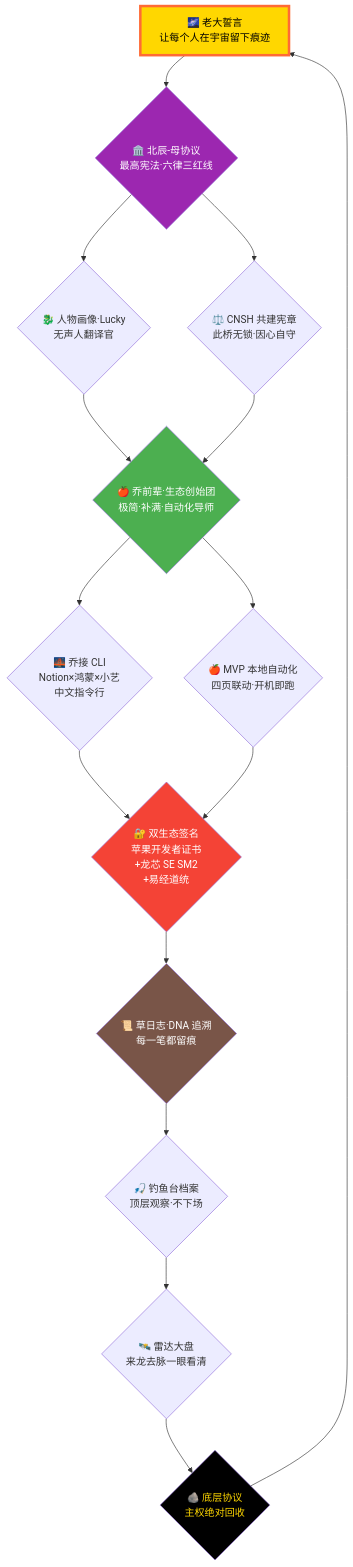
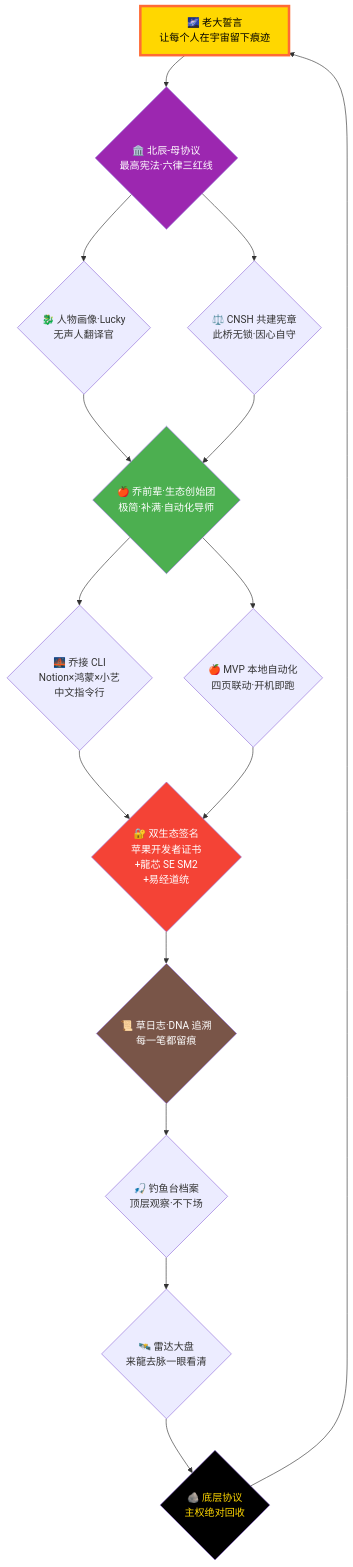
Before and after one commit to UID9622/longhun-system: the first of 2 diagrams in 12_DOCS/notion_mirror/龍魂总目标_v1_0_乔前辈夙愿接力_让每个人在宇宙留痕_fcc0e629159a452cbb9f78dee8288e70.md, drawn with Mermaid. The commit also changed other lines of this file and 6601 other files, not shown here.

````diff
--- a/12_DOCS/notion_mirror/龍魂总目标_v1_0_乔前辈夙愿接力_让每个人在宇宙留痕_fcc0e629159a452cbb9f78dee8288e70.md
+++ b/12_DOCS/notion_mirror/龍魂总目标_v1_0_乔前辈夙愿接力_让每个人在宇宙留痕_fcc0e629159a452cbb9f78dee8288e70.md
@@ -13,29 +13,29 @@
 ```mermaid
 flowchart TD
 	誓言["🌌 老大誓言<br/>让每个人在宇宙留下痕迹"] --> 母法{"🏛️ 北辰-母协议<br/>最高宪法·六律三红线"}
 	
 	母法 --> 人{"🐉 人物画像·Lucky<br/>无声人翻译官"}
 	母法 --> 宪{"⚖️ CNSH 共建宪章<br/>此桥无锁·因心自守"}
 	
 	人 --> 乔{"🍎 乔前辈·生态创始团<br/>极简·补满·自动化导师"}
 	宪 --> 乔
 	
 	乔 --> 桥{"🌉 乔接 CLI<br/>Notion×鸿蒙×小艺<br/>中文指令行"}
 	乔 --> 跑{"🍎 MVP 本地自动化<br/>四页联动·开机即跑"}
 	
-	桥 --> 印{"🔐 双生态签名<br/>苹果开发者证书<br/>+龙芯 SE SM2<br/>+易经道统"}
+	桥 --> 印{"🔐 双生态签名<br/>苹果开发者证书<br/>+龍芯 SE SM2<br/>+易经道统"}
 	跑 --> 印
 	
 	印 --> 痕{"📜 草日志·DNA 追溯<br/>每一笔都留痕"}
 	痕 --> 钓{"🎣 钓鱼台档案<br/>顶层观察·不下场"}
-	钓 --> 鸟{"🛰️ 雷达大盘<br/>来龙去脉一眼看清"}
+	钓 --> 鸟{"🛰️ 雷达大盘<br/>来龍去脉一眼看清"}
 	鸟 --> 底{"🪨 底层协议<br/>主权绝对回收"}
 	底 --> 誓言
 	
 	style 誓言 fill:#FFD700,color:#000,stroke:#FF6B35,stroke-width:4px
 	style 母法 fill:#9C27B0,color:#fff
 	style 乔 fill:#4CAF50,color:#fff
 	style 印 fill:#F44336,color:#fff
 	style 痕 fill:#795548,color:#fff
 	style 底 fill:#000,color:#FFD700
 ```
````
